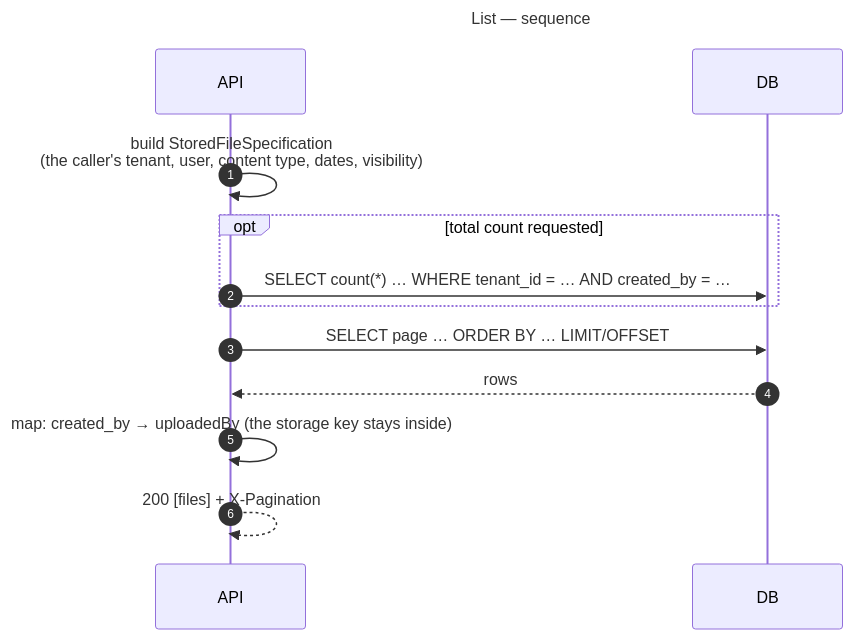
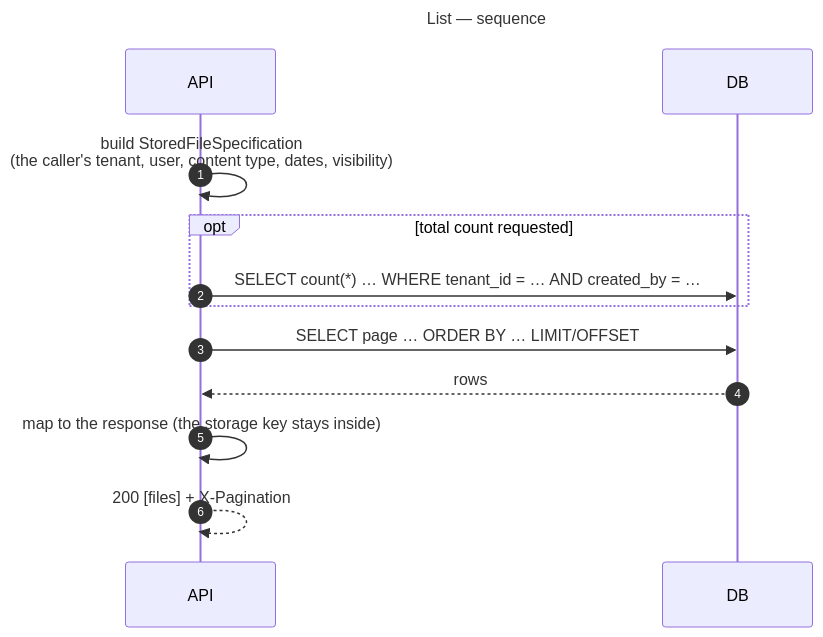
One commit to gmetskhvarishvili/GM.FileStorage.Samples changed the fifth of 16 diagrams in docs/sequence-diagrams.md. Above: the diagram before and after it, drawn with Mermaid. The commit also changed 9 other files, not shown here.

````diff
--- a/docs/sequence-diagrams.md
+++ b/docs/sequence-diagrams.md
@@ -197,18 +197,18 @@
 ```mermaid
 ---
 title: List — sequence
 ---
 sequenceDiagram
     autonumber
     participant API
     participant DB
 
     API->>API: build StoredFileSpecification<br/>(the caller's tenant, user, content type, dates, visibility)
     opt total count requested
         API->>DB: SELECT count(*) … WHERE tenant_id = … AND created_by = …
     end
     API->>DB: SELECT page … ORDER BY … LIMIT/OFFSET
     DB-->>API: rows
-    API->>API: map: created_by → uploadedBy (the storage key stays inside)
+    API->>API: map to the response (the storage key stays inside)
     API-->>API: 200 [files] + X-Pagination
 ```
````
